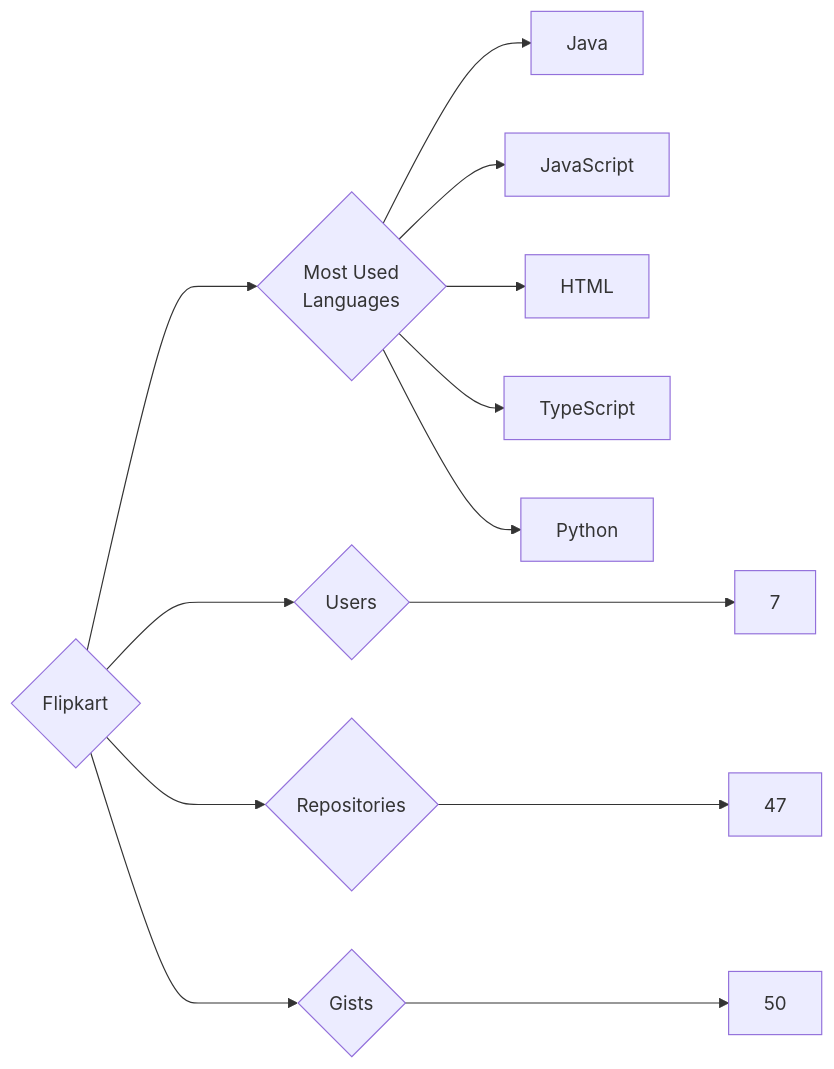
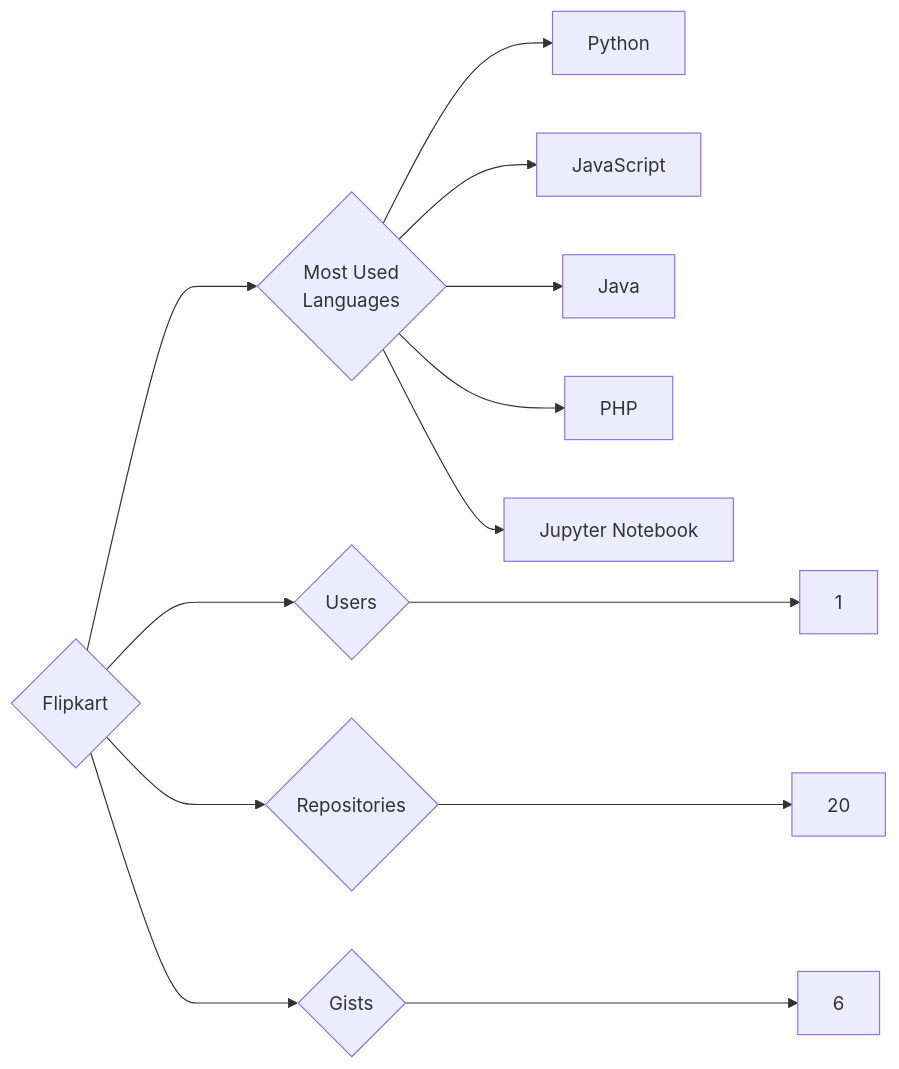
Before and after one commit to trickest/insiders: the diagram in targets/Flipkart/README.md, drawn with Mermaid. The commit also changed 611 other files, not shown here.

````diff
--- a/targets/Flipkart/README.md
+++ b/targets/Flipkart/README.md
@@ -3,13 +3,13 @@
 ```mermaid
 graph LR
 COMPANY_NAME{Flipkart}
-COMPANY_NAME ---> U{Users} ---> UN[7]
-COMPANY_NAME ---> R{Repositories} ---> RN[47]
-COMPANY_NAME ---> G{Gists} ---> GN[50]
+COMPANY_NAME ---> U{Users} ---> UN[1]
+COMPANY_NAME ---> R{Repositories} ---> RN[20]
+COMPANY_NAME ---> G{Gists} ---> GN[6]
 COMPANY_NAME ---> ML{Most Used<br>Languages}
+ML --> Python[Python]
+ML --> JavaScript[JavaScript]
 ML --> Java[Java]
-ML --> JavaScript[JavaScript]
-ML --> HTML[HTML]
-ML --> TypeScript[TypeScript]
-ML --> Python[Python]
+ML --> PHP[PHP]
+ML --> Jupyter_Notebook[Jupyter Notebook]
 ```
````
